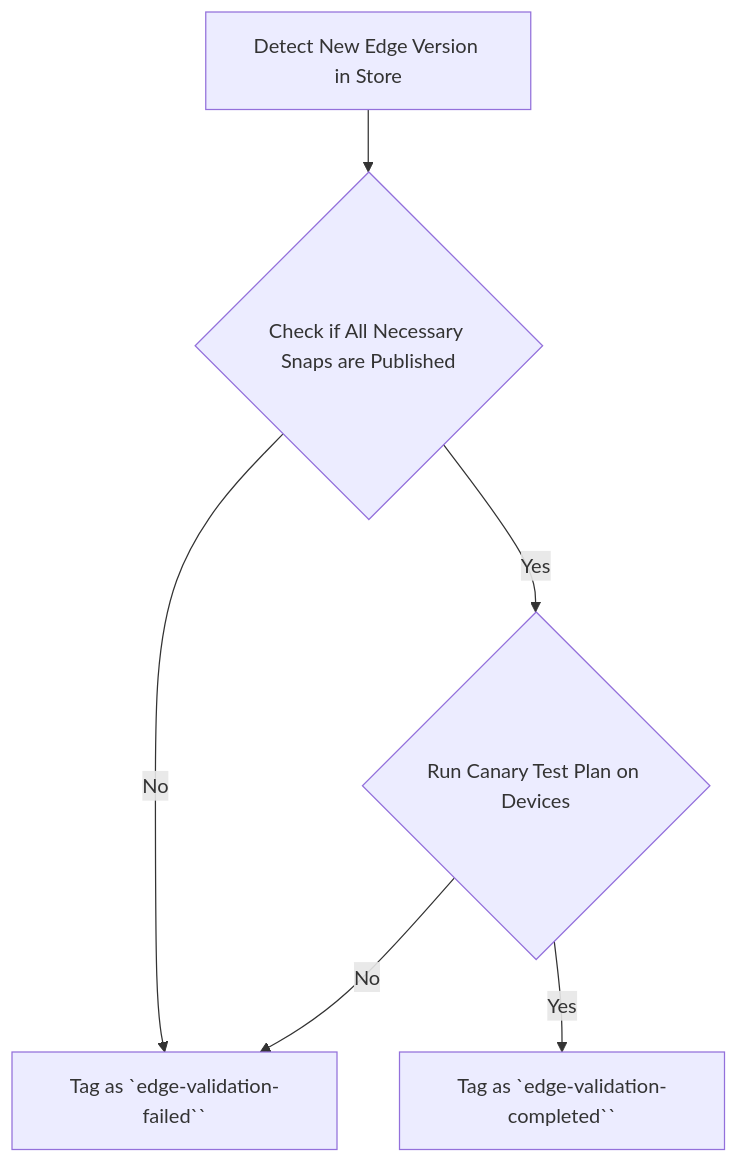
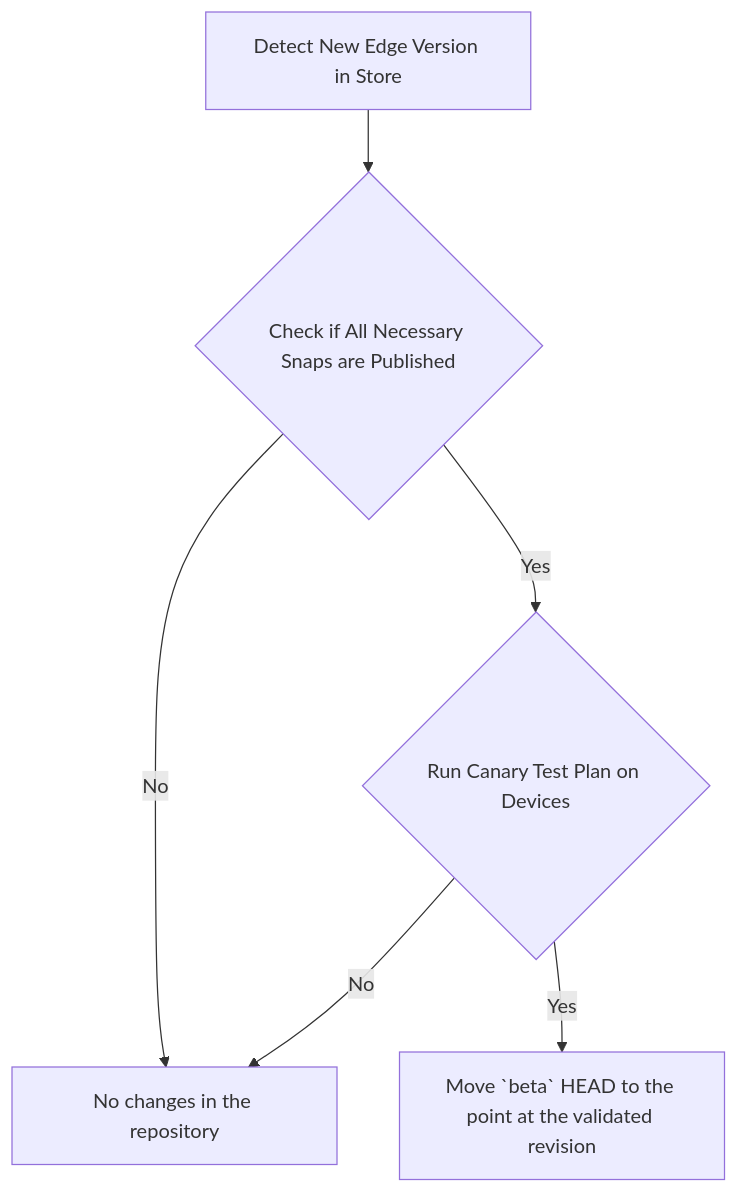
One commit to canonical/checkbox changed the second of 3 diagrams in docs/explanation/release_process/validation_pipeline_execution.rst. Above: the diagram before and after it, drawn with Mermaid. The commit also changed 2 other files, not shown here.

Commit message:
update the info about validation outcome (tag->beta shift)

```diff
--- a/docs/explanation/release_process/validation_pipeline_execution.rst
+++ b/docs/explanation/release_process/validation_pipeline_execution.rst
@@ -47,15 +47,15 @@
 .. mermaid::
 
     graph TB
 
         A[Detect New Edge Version in Store]
         B{Check if All Necessary Snaps are Published}
         C{Run Canary Test Plan on Devices}
-        D[Tag as `edge-validation-failed``]
-        E[Tag as `edge-validation-completed``]
+        D[No changes in the repository]
+        E[Move `beta` HEAD to the point at the validated revision]
 
         A --> B
         B -->|No| D
         B -->|Yes| C
         C -->|Yes| E
         C -->|No| D
```
